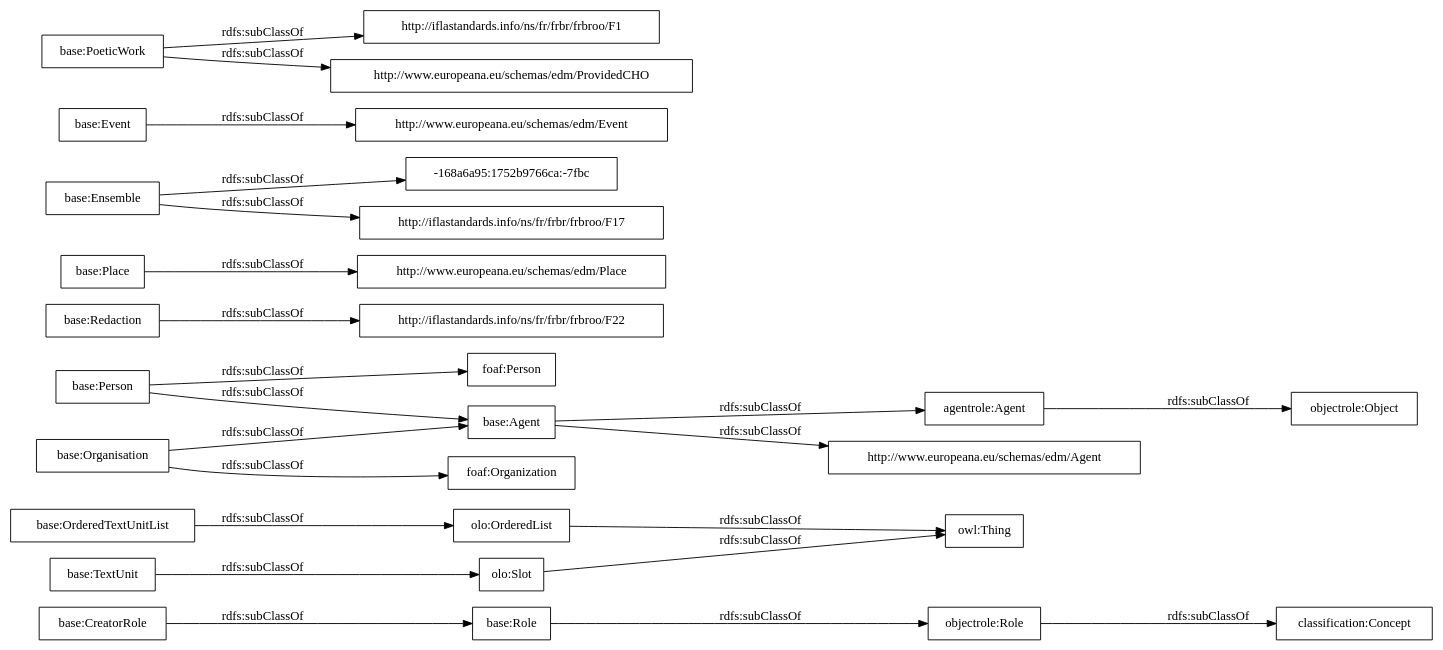
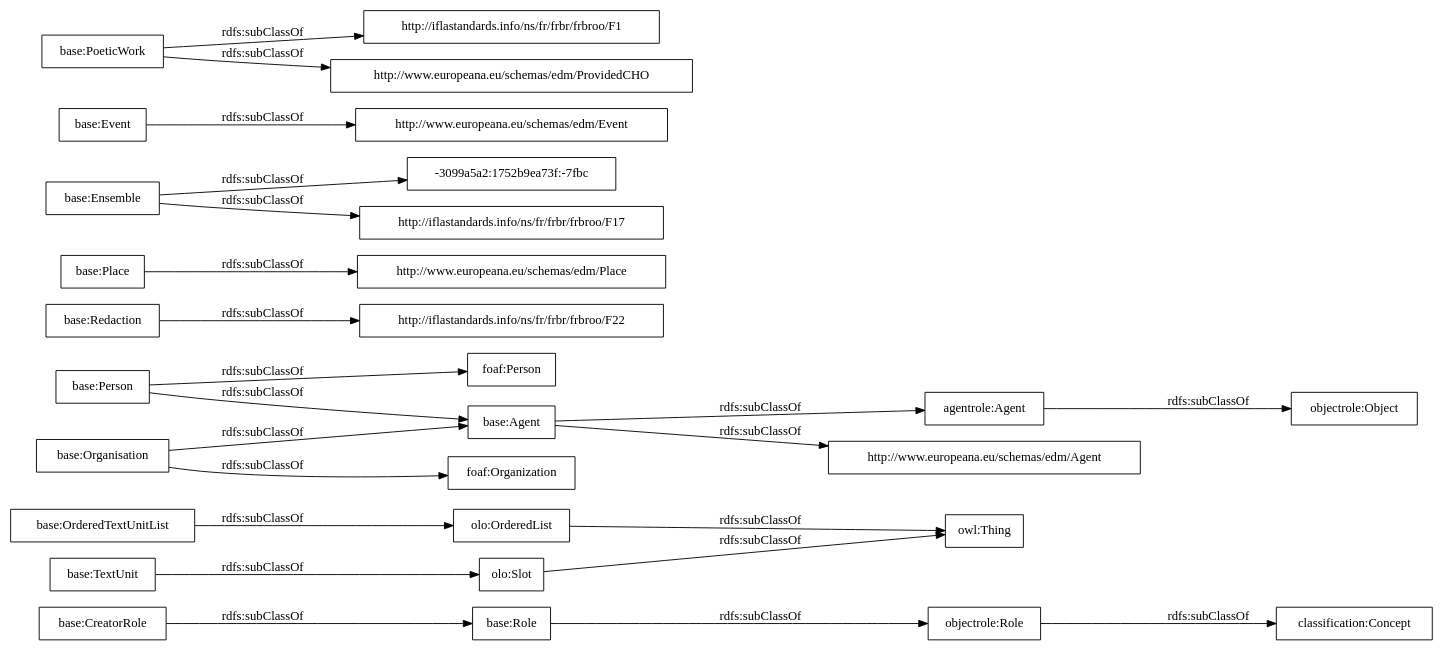
The diagram in OnToology/postdata-core.owl/diagrams/ar2dtool-taxonomy/postdata-core.owl.png.dot (OnToologyUser/core-ontology-1), drawn with Graphviz before and after one commit. The commit also changed 14 other files, not shown here.

```diff
--- a/OnToology/postdata-core.owl/diagrams/ar2dtool-taxonomy/postdata-core.owl.png.dot
+++ b/OnToology/postdata-core.owl/diagrams/ar2dtool-taxonomy/postdata-core.owl.png.dot
@@ -1,27 +1,27 @@
 digraph ar2dtool_diagram { 
 rankdir=LR;
 size="1000"
-node [shape = rectangle, color="black"]; "base:Role" "base:OrderedTextUnitList" "agentrole:Agent" "http://iflastandards.info/ns/fr/frbr/frbroo/F22" "http://www.europeana.eu/schemas/edm/Agent" "base:Agent" "base:CreatorRole" "base:Person" "base:Organisation" "http://www.europeana.eu/schemas/edm/Place" "base:Redaction" "foaf:Person" "base:Ensemble" "http://www.europeana.eu/schemas/edm/Event" "base:TextUnit" "http://iflastandards.info/ns/fr/frbr/frbroo/F1" "foaf:Organization" "http://www.europeana.eu/schemas/edm/ProvidedCHO" "-168a6a95:1752b9766ca:-7fbc" "base:Place" "base:Event" "base:PoeticWork" "http://iflastandards.info/ns/fr/frbr/frbroo/F17" "owl:Thing" "objectrole:Role" "objectrole:Object" "olo:Slot" "olo:OrderedList" "classification:Concept" ; /*classes style*/
+node [shape = rectangle, color="black"]; "base:Role" "base:OrderedTextUnitList" "agentrole:Agent" "http://iflastandards.info/ns/fr/frbr/frbroo/F22" "http://www.europeana.eu/schemas/edm/Agent" "base:Agent" "base:CreatorRole" "base:Person" "base:Organisation" "http://www.europeana.eu/schemas/edm/Place" "base:Redaction" "base:Ensemble" "foaf:Person" "http://www.europeana.eu/schemas/edm/Event" "base:TextUnit" "http://iflastandards.info/ns/fr/frbr/frbroo/F1" "foaf:Organization" "http://www.europeana.eu/schemas/edm/ProvidedCHO" "base:Place" "base:Event" "-3099a5a2:1752b9ea73f:-7fbc" "base:PoeticWork" "http://iflastandards.info/ns/fr/frbr/frbroo/F17" "owl:Thing" "objectrole:Role" "objectrole:Object" "olo:Slot" "olo:OrderedList" "classification:Concept" ; /*classes style*/
 	"base:Redaction" -> "http://iflastandards.info/ns/fr/frbr/frbroo/F22" [ label = "rdfs:subClassOf" ];
 	"base:Role" -> "objectrole:Role" [ label = "rdfs:subClassOf" ];
 	"base:Event" -> "http://www.europeana.eu/schemas/edm/Event" [ label = "rdfs:subClassOf" ];
 	"base:Person" -> "foaf:Person" [ label = "rdfs:subClassOf" ];
 	"base:Person" -> "base:Agent" [ label = "rdfs:subClassOf" ];
 	"olo:OrderedList" -> "owl:Thing" [ label = "rdfs:subClassOf" ];
 	"olo:Slot" -> "owl:Thing" [ label = "rdfs:subClassOf" ];
 	"base:PoeticWork" -> "http://www.europeana.eu/schemas/edm/ProvidedCHO" [ label = "rdfs:subClassOf" ];
 	"base:PoeticWork" -> "http://iflastandards.info/ns/fr/frbr/frbroo/F1" [ label = "rdfs:subClassOf" ];
 	"base:TextUnit" -> "olo:Slot" [ label = "rdfs:subClassOf" ];
 	"agentrole:Agent" -> "objectrole:Object" [ label = "rdfs:subClassOf" ];
-	"base:Ensemble" -> "-168a6a95:1752b9766ca:-7fbc" [ label = "rdfs:subClassOf" ];
 	"base:Ensemble" -> "http://iflastandards.info/ns/fr/frbr/frbroo/F17" [ label = "rdfs:subClassOf" ];
+	"base:Ensemble" -> "-3099a5a2:1752b9ea73f:-7fbc" [ label = "rdfs:subClassOf" ];
 	"base:OrderedTextUnitList" -> "olo:OrderedList" [ label = "rdfs:subClassOf" ];
 	"base:Agent" -> "agentrole:Agent" [ label = "rdfs:subClassOf" ];
 	"base:Agent" -> "http://www.europeana.eu/schemas/edm/Agent" [ label = "rdfs:subClassOf" ];
 	"objectrole:Role" -> "classification:Concept" [ label = "rdfs:subClassOf" ];
 	"base:Place" -> "http://www.europeana.eu/schemas/edm/Place" [ label = "rdfs:subClassOf" ];
 	"base:Organisation" -> "foaf:Organization" [ label = "rdfs:subClassOf" ];
 	"base:Organisation" -> "base:Agent" [ label = "rdfs:subClassOf" ];
 	"base:CreatorRole" -> "base:Role" [ label = "rdfs:subClassOf" ];
 
 }
```
